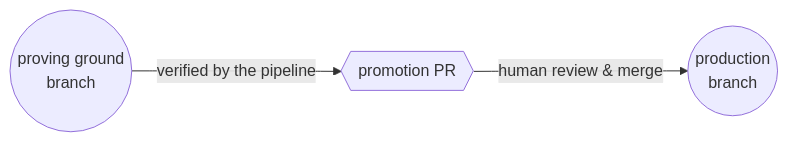
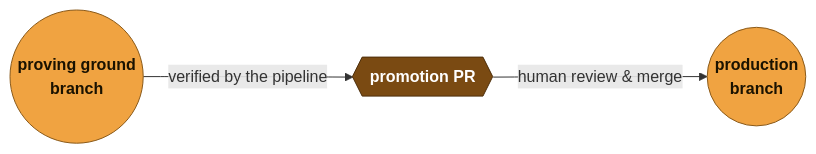
One commit to martonbence/Detection-Engineering changed the second of 2 diagrams in README.md. Above: the diagram before and after it, drawn with Mermaid. The commit also changed other lines of this file and 1 other file, not shown here.

Commit message:
feat(docs): enhance README with redesigned quick-links and Mermaid diagrams for improved clarity

````diff
--- a/README.md
+++ b/README.md
@@ -73,5 +105,10 @@
 ```mermaid
 flowchart LR
-    dev(("proving ground<br/>branch")) -- "verified by the pipeline" --> pr{{promotion PR}}
+    dev(("proving ground<br/>branch")) -- "verified by the pipeline" --> pr{{"promotion PR"}}
     pr -- "human review & merge" --> main(("production<br/>branch"))
+
+    classDef auto fill:#f0a341,stroke:#8a5a1a,color:#1a1200,font-weight:bold;
+    classDef human fill:#7a4a12,stroke:#4d2e0a,color:#ffffff,font-weight:bold;
+    class dev,main auto
+    class pr human
 ```
````
